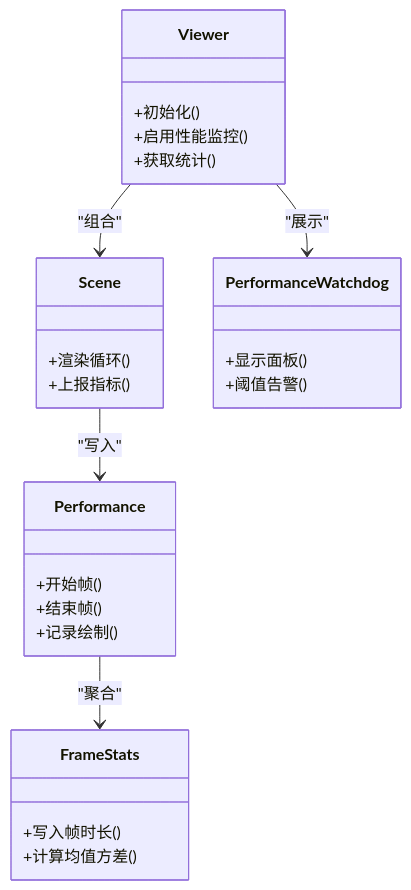
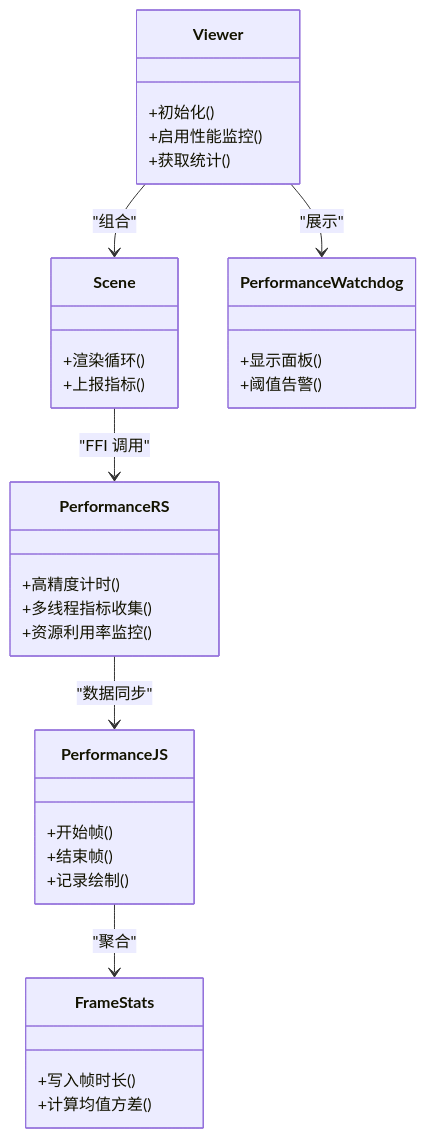
One commit to rzhangjing/cesium changed the sixth of 6 diagrams in .qoder/repowiki/zh/content/性能优化/性能监控与分析.md. Above: the diagram before and after it, drawn with Mermaid. The commit also changed other lines of this file and 60 other files, not shown here.

````diff
--- a/.qoder/repowiki/zh/content/性能优化/性能监控与分析.md
+++ b/.qoder/repowiki/zh/content/性能优化/性能监控与分析.md
@@ -255,29 +362,35 @@
 ```mermaid
 classDiagram
 class Viewer {
 +初始化()
 +启用性能监控()
 +获取统计()
 }
 class Scene {
 +渲染循环()
 +上报指标()
 }
-class Performance {
+class PerformanceRS {
++高精度计时()
++多线程指标收集()
++资源利用率监控()
+}
+class PerformanceJS {
 +开始帧()
 +结束帧()
 +记录绘制()
 }
 class FrameStats {
 +写入帧时长()
 +计算均值方差()
 }
 class PerformanceWatchdog {
 +显示面板()
 +阈值告警()
 }
 Viewer --> Scene : "组合"
-Scene --> Performance : "写入"
-Performance --> FrameStats : "聚合"
+Scene --> PerformanceRS : "FFI 调用"
+PerformanceRS --> PerformanceJS : "数据同步"
+PerformanceJS --> FrameStats : "聚合"
 Viewer --> PerformanceWatchdog : "展示"
 ```
````
